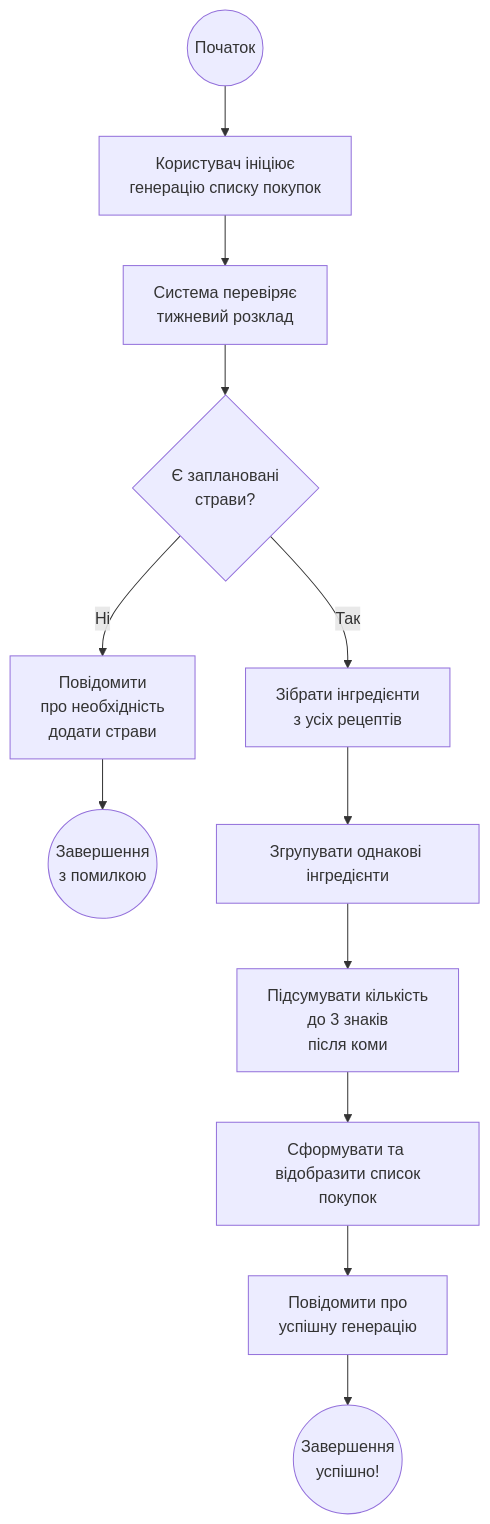
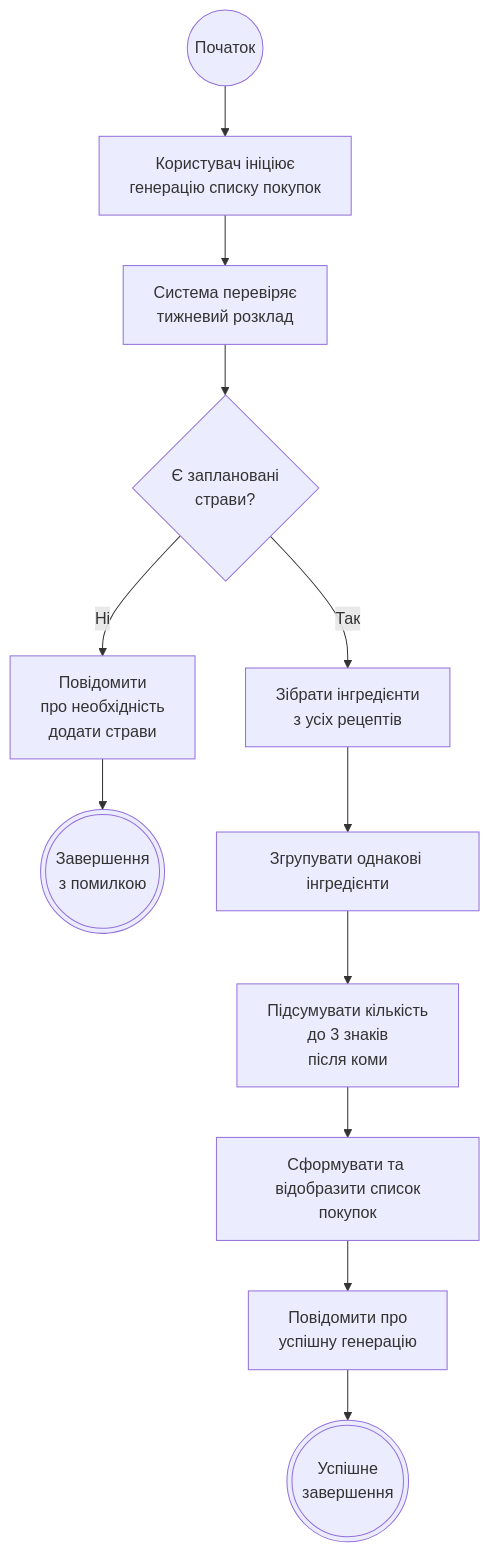
The diagram in model/activity-uc-07.md (lvovasofia/TRPZ_LAB_TR-42), drawn with Mermaid before and after one commit. The commit also changed other lines of this file, not shown here.

Commit message:
Зміна діаграми

````diff
--- a/model/activity-uc-07.md
+++ b/model/activity-uc-07.md
@@ -5,16 +5,16 @@
 ```mermaid
 flowchart TD
     A((Початок)) --> B[Користувач ініціює<br/>генерацію списку покупок]
     B --> C[Система перевіряє <br/> тижневий розклад]
     C --> D{Є заплановані <br/> страви?}
 
     D -- Ні --> E[Повідомити <br/> про необхідність <br/> додати страви]
-    E --> F((Завершення <br/> з помилкою))
+    E --> F(((Завершення <br/> з помилкою)))
 
     D -- Так --> G[Зібрати інгредієнти <br/> з усіх рецептів]
     G --> H[Згрупувати однакові інгредієнти]
     H --> I[Підсумувати кількість <br/> до 3 знаків <br/> після коми]
     I --> J[Сформувати та <br/> відобразити список покупок]
     J --> K[Повідомити про <br/> успішну генерацію]
-    K --> L((Завершення <br/> успішно! ))
+    K --> L(((Успішне <br/> завершення)))
 ```
````
